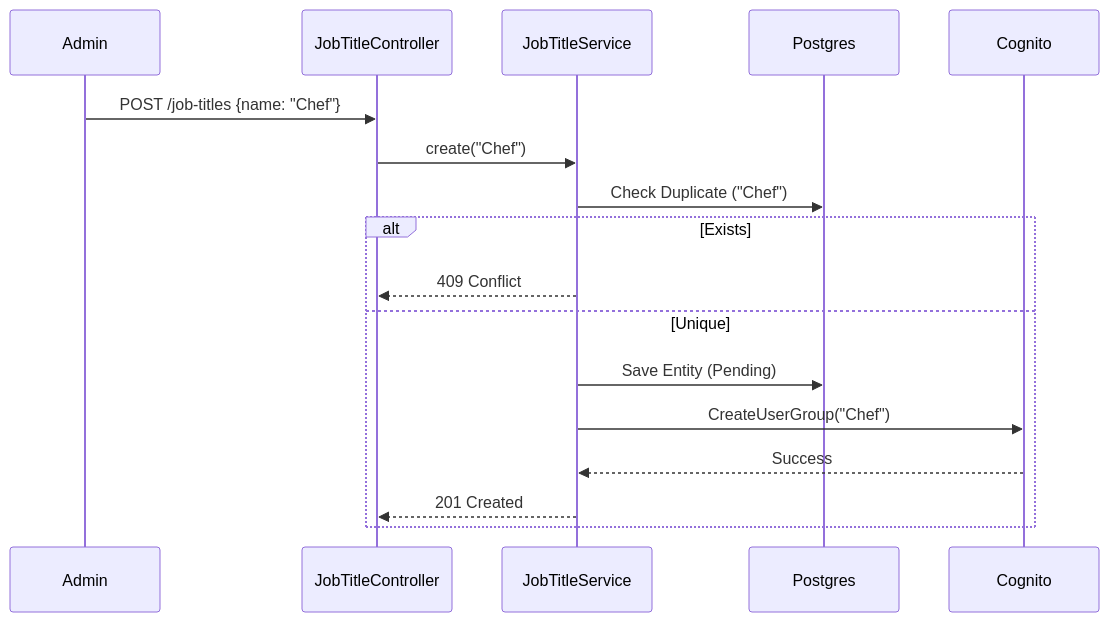
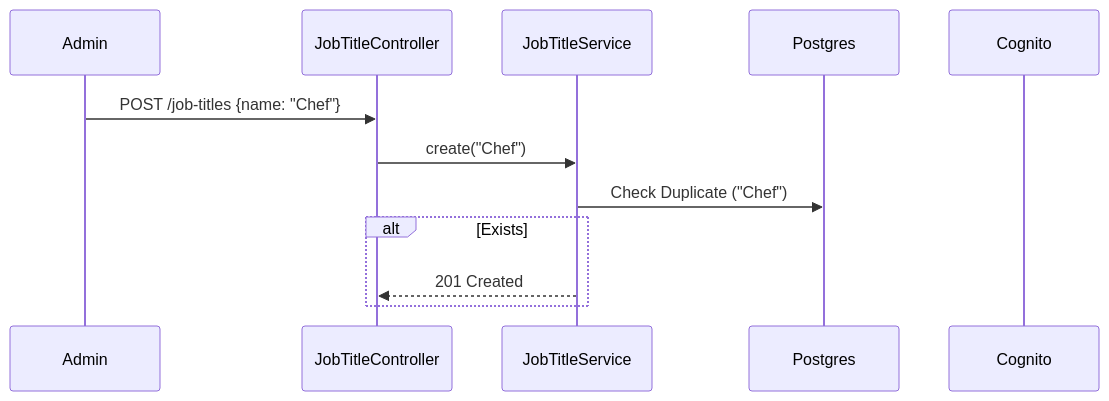
Before and after one commit to moses1998lee/horaion-documentation: the diagram in technical_documentation/02_MODULES/jobtitle/03_DOMAIN.md, drawn with Mermaid. The commit also changed other lines of this file and 4 other files, not shown here.

Commit message:
docs: Enhance module documentation with diagram explanations and critical index details, while removing outdated mermaid diagrams.

````diff
--- a/technical_documentation/02_MODULES/jobtitle/03_DOMAIN.md
+++ b/technical_documentation/02_MODULES/jobtitle/03_DOMAIN.md
@@ -36,21 +36,16 @@
 ```mermaid
 sequenceDiagram
     participant Admin
     participant API as JobTitleController
     participant Service as JobTitleService
     participant DB as Postgres
     participant AWS as Cognito
     
     Admin->>API: POST /job-titles {name: "Chef"}
     API->>Service: create("Chef")
     
     Service->>DB: Check Duplicate ("Chef")
     alt Exists
-        Service-->>API: 409 Conflict
-    else Unique
-        Service->>DB: Save Entity (Pending)
-        Service->>AWS: CreateUserGroup("Chef")
-        AWS-->>Service: Success
         Service-->>API: 201 Created
     end
 ```
````
